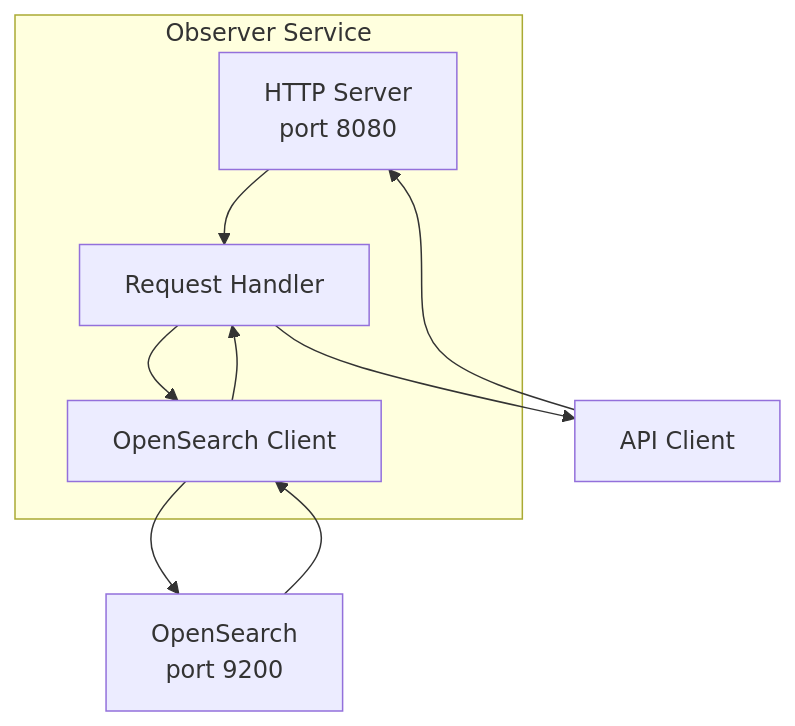
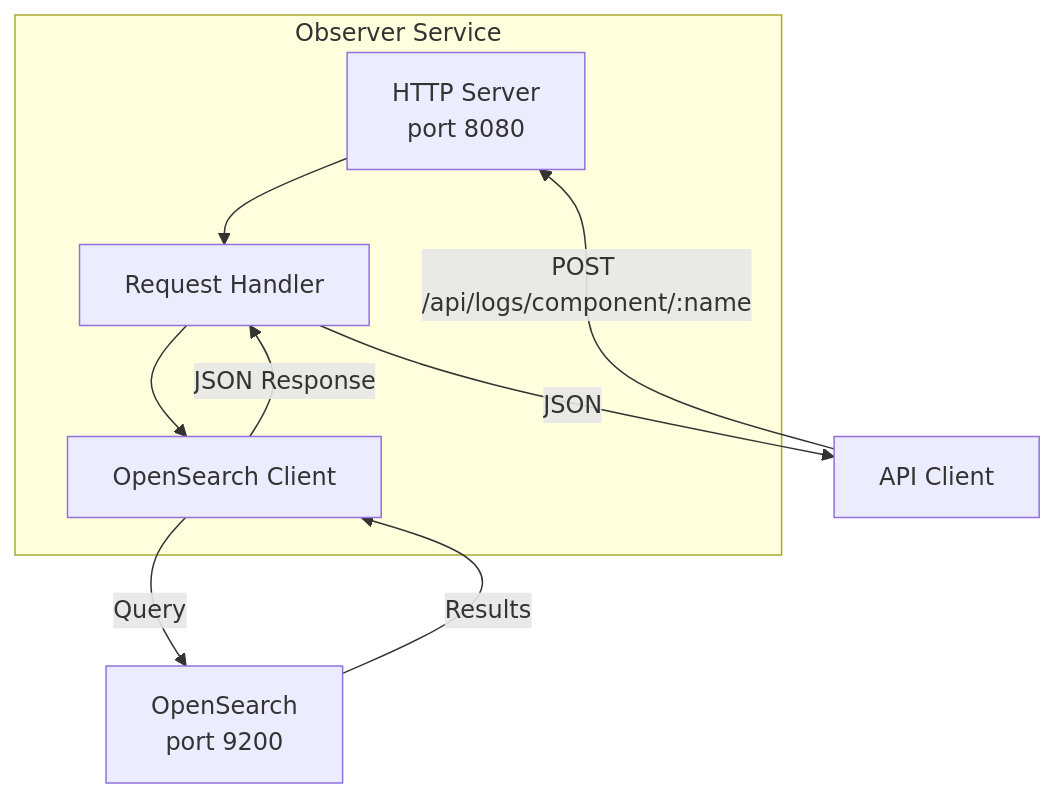
The third of 3 diagrams in docs/deepwiki/Logging-Architecture.md (openchoreo/openchoreo), drawn with Mermaid before and after one commit. The commit also changed other lines of this file and 85 other files, not shown here.

Commit message:
feat: Add new workflow and specification templates, update Helm chart dependencies, and clarify documentation diagrams.

````diff
--- a/docs/deepwiki/Logging-Architecture.md
+++ b/docs/deepwiki/Logging-Architecture.md
@@ -213,23 +213,23 @@
 ```mermaid
 flowchart TD
 
 API["HTTP Server<br>port 8080"]
 Handler["Request Handler"]
 OSClient["OpenSearch Client"]
 Client["API Client"]
 OS["OpenSearch<br>port 9200"]
 
-Client --> API
-OSClient --> OS
-OS --> OSClient
-Handler --> Client
+Client -->|"POST /api/logs/component/:name"| API
+OSClient -->|"Query"| OS
+OS -->|"Results"| OSClient
+Handler -->|"JSON"| Client
 
 subgraph subGraph0 ["Observer Service"]
     API
     Handler
     OSClient
     API --> Handler
     Handler --> OSClient
-    OSClient --> Handler
+    OSClient -->|"JSON Response"| Handler
 end
 ```
````
